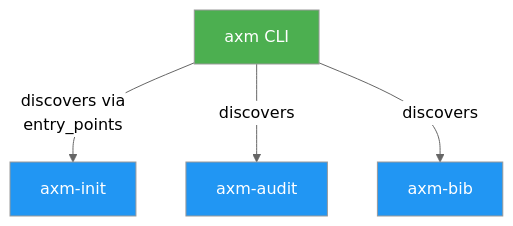
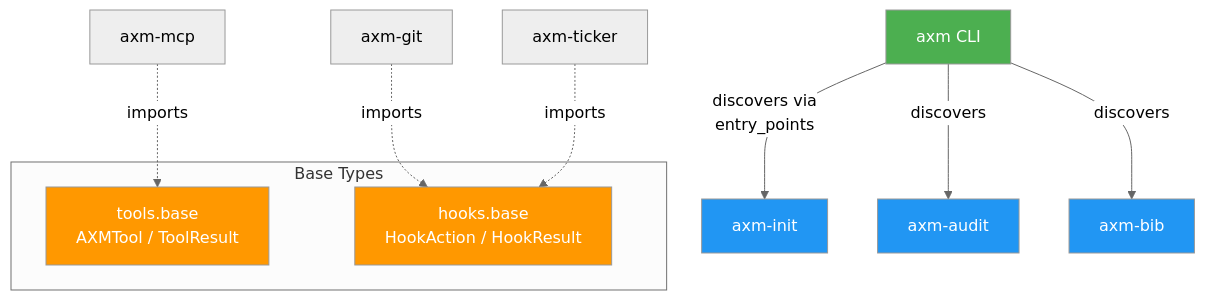
One commit to axm-protocols/axm-forge changed the diagram in docs/explanation/architecture.md. Above: the diagram before and after it, drawn with Mermaid (neutral theme). The commit also changed other lines of this file, not shown here.

Commit message:
docs: add hooks.base to architecture diagram

````diff
--- a/docs/explanation/architecture.md
+++ b/docs/explanation/architecture.md
@@ -7,11 +7,22 @@
 ```mermaid
 graph TD
     AXM["axm CLI"] -->|"discovers via<br>entry_points"| INIT["axm-init"]
     AXM -->|"discovers"| AUDIT["axm-audit"]
     AXM -->|"discovers"| BIB["axm-bib"]
 
+    subgraph "Base Types"
+        TBase["tools.base<br>AXMTool / ToolResult"]
+        HBase["hooks.base<br>HookAction / HookResult"]
+    end
+
+    GIT["axm-git"] -.->|"imports"| HBase
+    TICKER["axm-ticker"] -.->|"imports"| HBase
+    MCP["axm-mcp"] -.->|"imports"| TBase
+
     style AXM fill:#4CAF50,color:#fff
     style INIT fill:#2196F3,color:#fff
     style AUDIT fill:#2196F3,color:#fff
     style BIB fill:#2196F3,color:#fff
+    style TBase fill:#FF9800,color:#fff
+    style HBase fill:#FF9800,color:#fff
 ```
````
